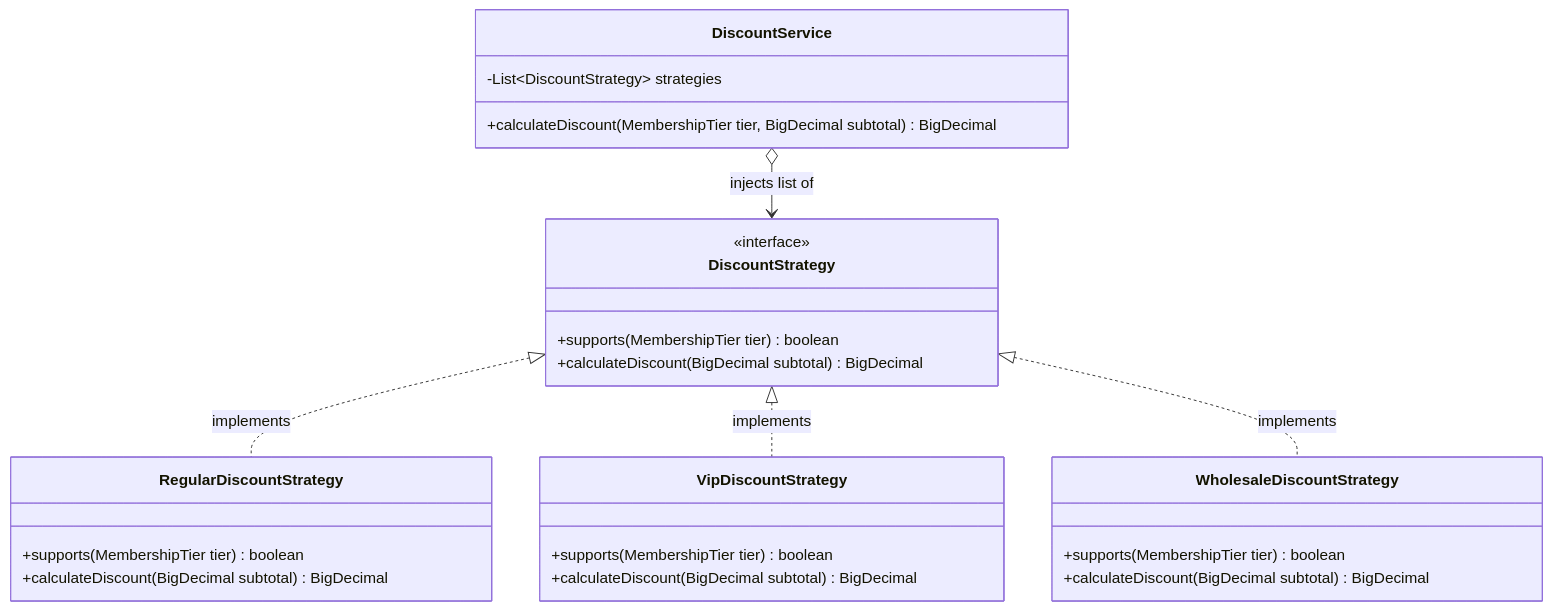
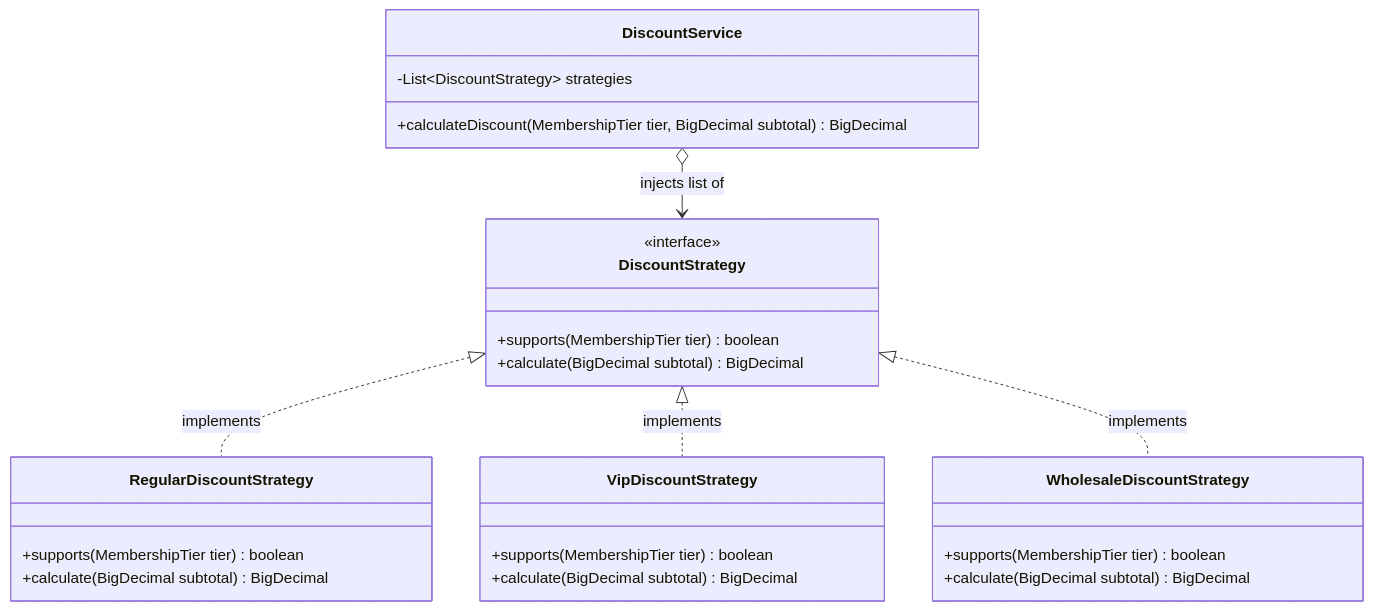
Before and after one commit to Bigzzz0/Pok-Vault_Commerce: the second of 5 diagrams in doc/design-patterns.md, drawn with Mermaid. The commit also changed other lines of this file and 246 other files, not shown here.

````diff
--- a/doc/design-patterns.md
+++ b/doc/design-patterns.md
@@ -49,30 +49,30 @@
 ```mermaid
 classDiagram
     direction TB
     class DiscountStrategy {
         <<interface>>
         +supports(MembershipTier tier) boolean
-        +calculateDiscount(BigDecimal subtotal) BigDecimal
+        +calculate(BigDecimal subtotal) BigDecimal
     }
     class RegularDiscountStrategy {
         +supports(MembershipTier tier) boolean
-        +calculateDiscount(BigDecimal subtotal) BigDecimal
+        +calculate(BigDecimal subtotal) BigDecimal
     }
     class VipDiscountStrategy {
         +supports(MembershipTier tier) boolean
-        +calculateDiscount(BigDecimal subtotal) BigDecimal
+        +calculate(BigDecimal subtotal) BigDecimal
     }
     class WholesaleDiscountStrategy {
         +supports(MembershipTier tier) boolean
-        +calculateDiscount(BigDecimal subtotal) BigDecimal
+        +calculate(BigDecimal subtotal) BigDecimal
     }
     class DiscountService {
         -List~DiscountStrategy~ strategies
         +calculateDiscount(MembershipTier tier, BigDecimal subtotal) BigDecimal
     }
 
     DiscountStrategy <|.. RegularDiscountStrategy : implements
     DiscountStrategy <|.. VipDiscountStrategy : implements
     DiscountStrategy <|.. WholesaleDiscountStrategy : implements
     DiscountService o--> DiscountStrategy : injects list of
 ```
````
